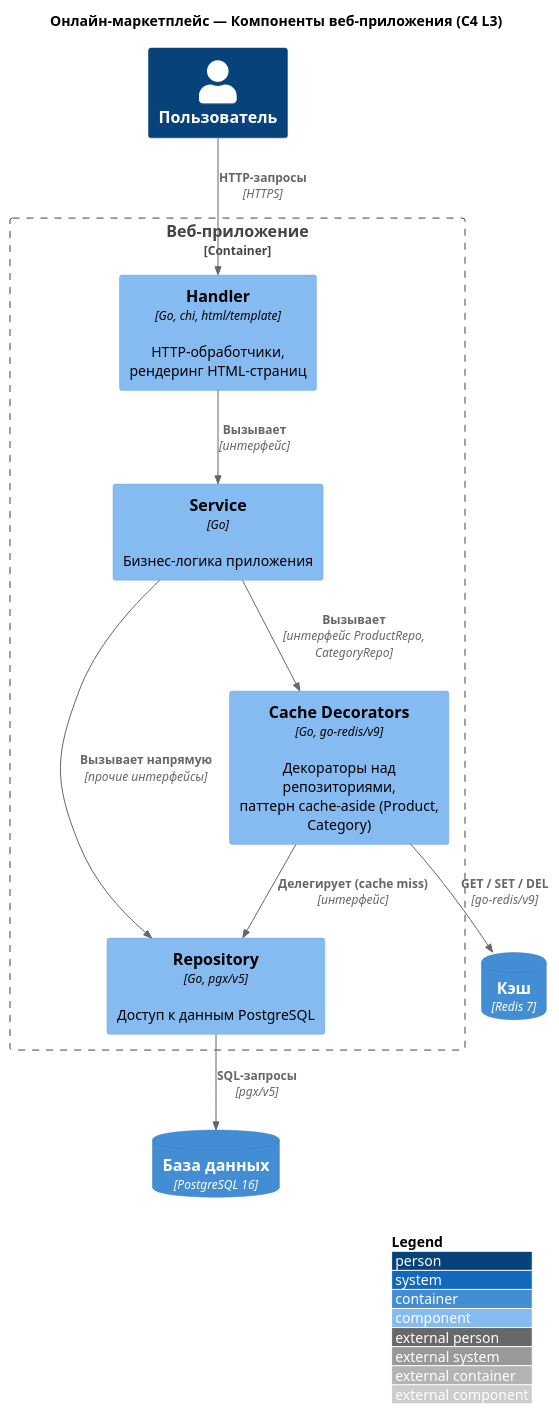
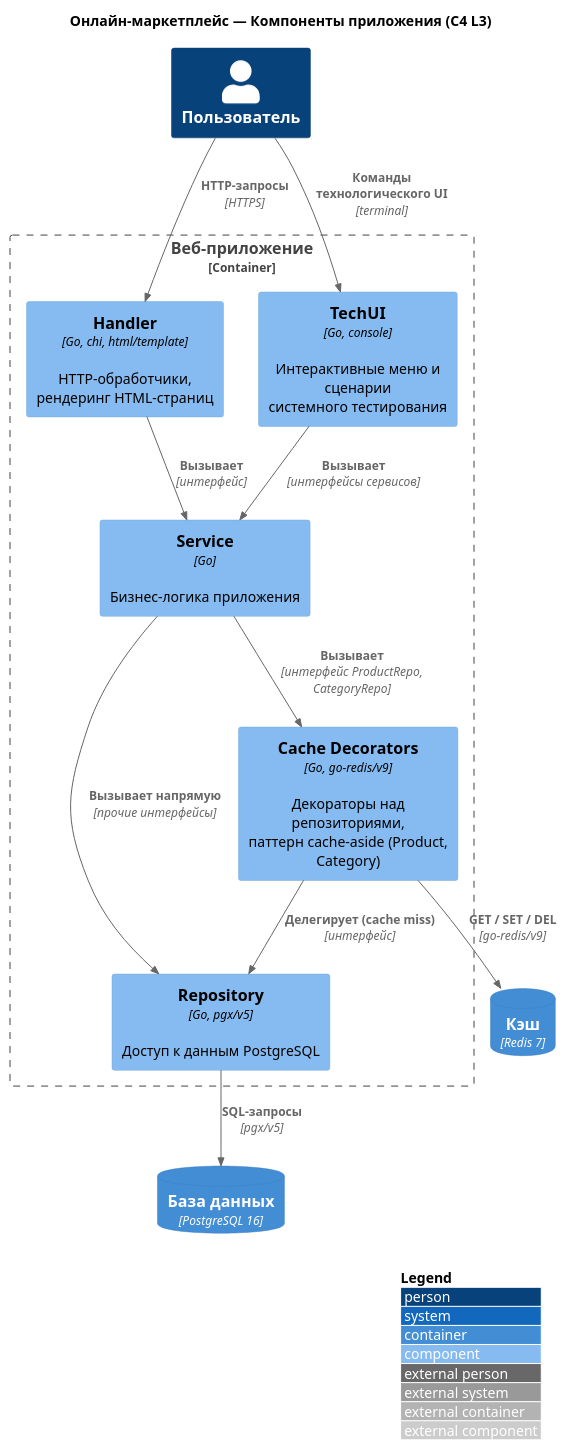
Before and after one commit to beastixq/marketplace: the diagram in diagrams/src/C4_L3.puml, drawn with PlantUML. The commit also changed 9 other files, not shown here.

Commit message:
.gitignore and other untracked files now tracked. (diagrams, go mod/sum)

```diff
--- a/diagrams/src/C4_L3.puml
+++ b/diagrams/src/C4_L3.puml
@@ -1,28 +1,31 @@
 @startuml C4_L3
 !include <C4/C4_Component>
 
-title Онлайн-маркетплейс — Компоненты веб-приложения (C4 L3)
+title Онлайн-маркетплейс — Компоненты приложения (C4 L3)
 
 Person(user, "Пользователь")
 
 Container_Boundary(webapp, "Веб-приложение") {
     Component(handler, "Handler", "Go, chi, html/template", "HTTP-обработчики, рендеринг HTML-страниц")
+    Component(techui, "TechUI", "Go, console", "Интерактивные меню и сценарии\nсистемного тестирования")
     Component(service, "Service", "Go", "Бизнес-логика приложения")
     Component(cache, "Cache Decorators", "Go, go-redis/v9", "Декораторы над репозиториями,\nпаттерн cache-aside (Product, Category)")
     Component(repository, "Repository", "Go, pgx/v5", "Доступ к данным PostgreSQL")
 }
 
 ContainerDb(postgres, "База данных", "PostgreSQL 16", "")
 ContainerDb(redis, "Кэш", "Redis 7", "")
 
 Rel(user, handler, "HTTP-запросы", "HTTPS")
+Rel(user, techui, "Команды технологического UI", "terminal")
 Rel(handler, service, "Вызывает", "интерфейс")
+Rel(techui, service, "Вызывает", "интерфейсы сервисов")
 Rel(service, cache, "Вызывает", "интерфейс ProductRepo, CategoryRepo")
 Rel(service, repository, "Вызывает напрямую", "прочие интерфейсы")
 Rel(cache, repository, "Делегирует (cache miss)", "интерфейс")
 Rel(cache, redis, "GET / SET / DEL", "go-redis/v9")
 Rel(repository, postgres, "SQL-запросы", "pgx/v5")
 
 LAYOUT_WITH_LEGEND()
 
 @enduml
```
